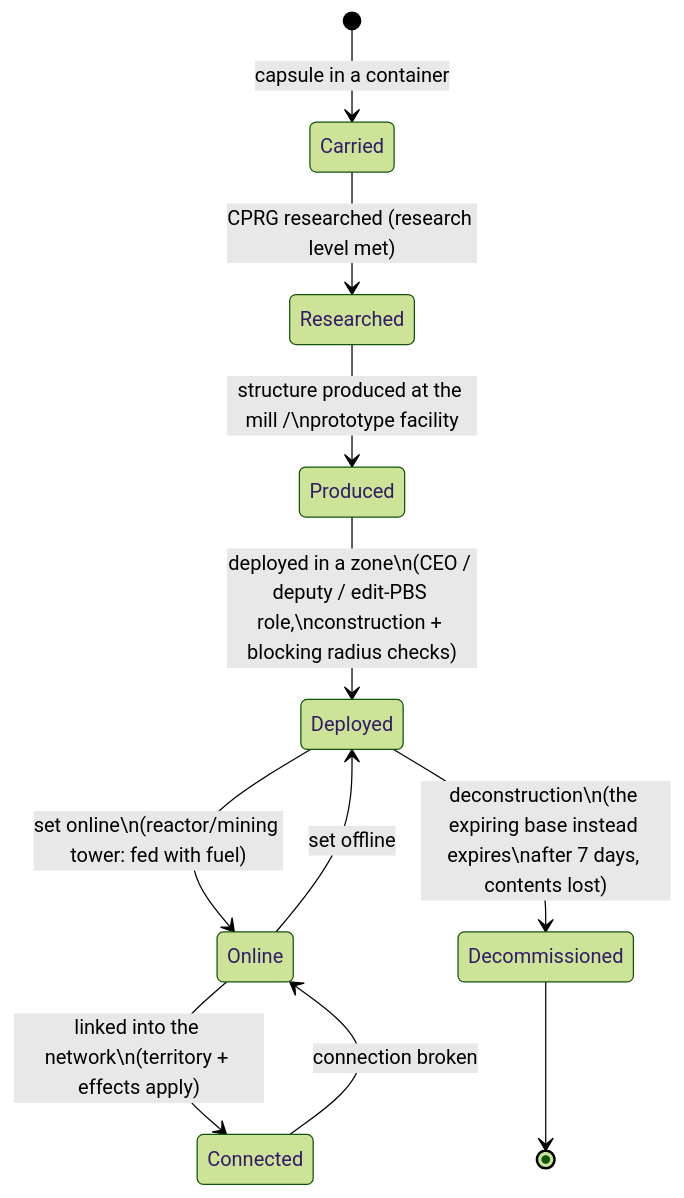
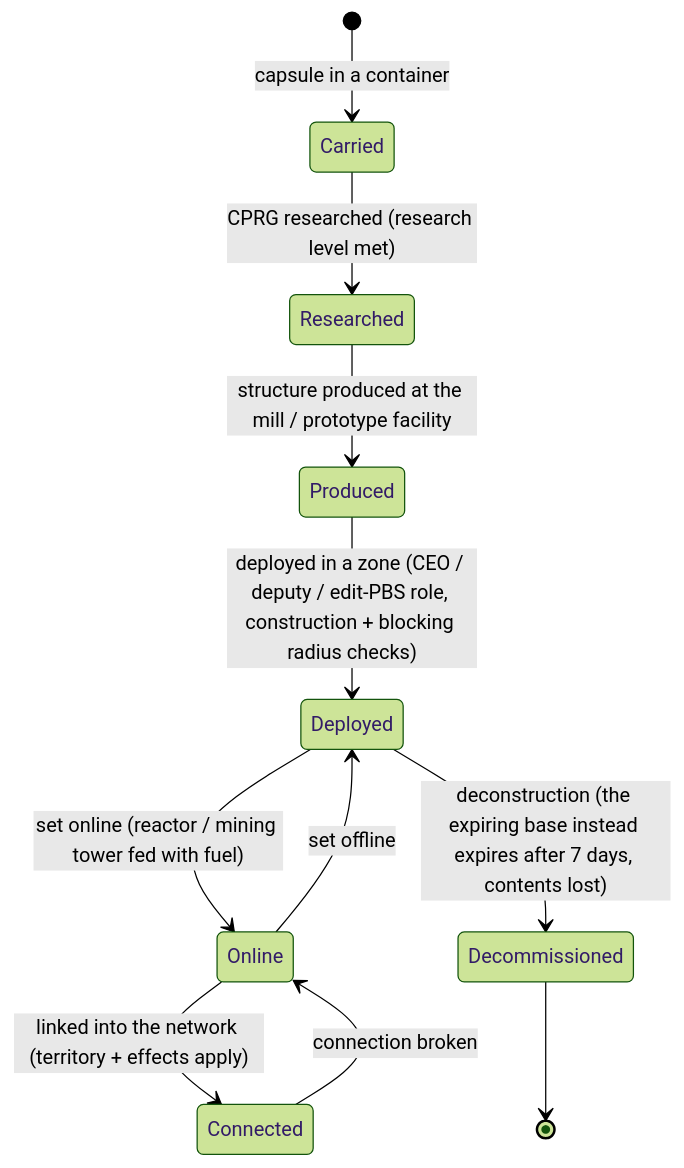
Before and after one commit to OpenPerpetuum/Wiki: the second of 2 diagrams in content/features/pbs.md, drawn with Mermaid (forest theme). The commit also changed 6 other files, not shown here.

First line of the commit message:
Fixes: mermaid state-diagram labels (broken parse + silent \n)

````diff
--- a/content/features/pbs.md
+++ b/content/features/pbs.md
@@ -74,13 +74,13 @@
 ```mermaid
 stateDiagram-v2
     [*] --> Carried: capsule in a container
     Carried --> Researched: CPRG researched (research level met)
-    Researched --> Produced: structure produced at the mill /\nprototype facility
-    Produced --> Deployed: deployed in a zone\n(CEO / deputy / edit-PBS role,\nconstruction + blocking radius checks)
-    Deployed --> Online: set online\n(reactor/mining tower: fed with fuel)
-    Online --> Connected: linked into the network\n(territory + effects apply)
+    Researched --> Produced: structure produced at the mill / prototype facility
+    Produced --> Deployed: deployed in a zone (CEO / deputy / edit-PBS role, construction + blocking radius checks)
+    Deployed --> Online: set online (reactor / mining tower fed with fuel)
+    Online --> Connected: linked into the network (territory + effects apply)
     Connected --> Online: connection broken
     Online --> Deployed: set offline
-    Deployed --> Decommissioned: deconstruction\n(the expiring base instead expires\nafter 7 days, contents lost)
+    Deployed --> Decommissioned: deconstruction (the expiring base instead expires after 7 days, contents lost)
     Decommissioned --> [*]
 ```
````
